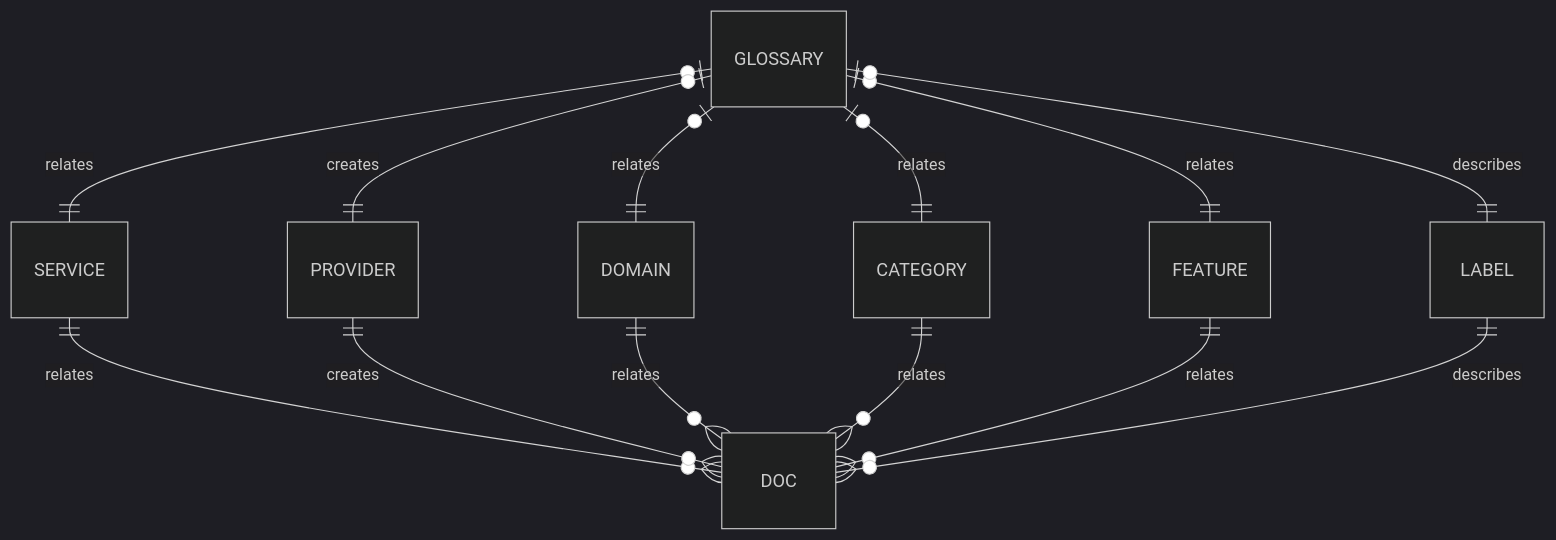
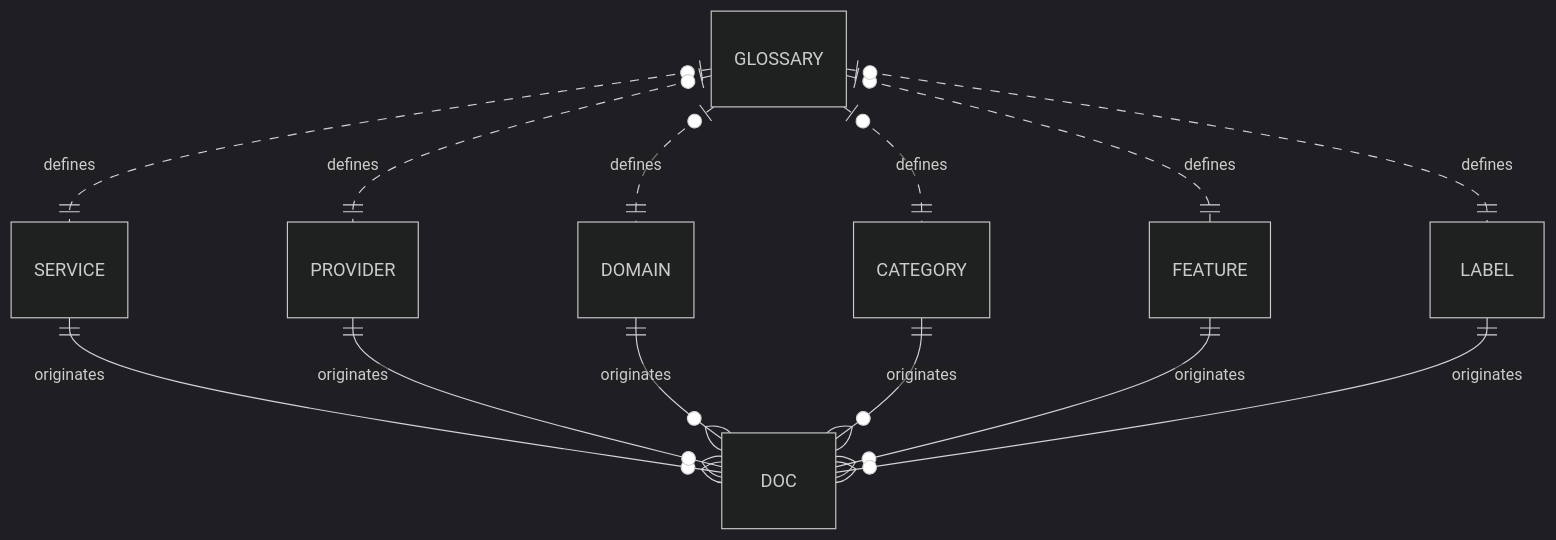
The first of 4 diagrams in en/pages/data-model.md (lexical-cloud/lexical-cloud-docs), drawn with Mermaid (dark theme) before and after one commit. The commit also changed other lines of this file, not shown here.

Commit message:
added descriptive text to data model page. made adjustments to diagrams to match

````diff
--- a/en/pages/data-model.md
+++ b/en/pages/data-model.md
@@ -9,15 +17,15 @@
 ```mermaid
 erDiagram
-    GLOSSARY |o--|| SERVICE : relates
-    GLOSSARY |o--|| PROVIDER : creates
-    GLOSSARY |o--|| DOMAIN : relates
-    GLOSSARY |o--|| CATEGORY : relates
-    GLOSSARY |o--|| FEATURE : relates
-    GLOSSARY |o--|| LABEL : describes
-    SERVICE ||--o{ DOC : relates
-    PROVIDER ||--o{ DOC : creates
-    DOMAIN ||--o{ DOC : relates
-    CATEGORY ||--o{ DOC : relates
-    FEATURE ||--o{ DOC : relates
-    LABEL ||--o{ DOC : describes
+    GLOSSARY |o..|| SERVICE : defines
+    GLOSSARY |o..|| PROVIDER : defines
+    GLOSSARY |o..|| DOMAIN : defines
+    GLOSSARY |o..|| CATEGORY : defines
+    GLOSSARY |o..|| FEATURE : defines
+    GLOSSARY |o..|| LABEL : defines
+    SERVICE ||--o{ DOC : originates
+    PROVIDER ||--o{ DOC : originates
+    DOMAIN ||--o{ DOC : originates
+    CATEGORY ||--o{ DOC : originates
+    FEATURE ||--o{ DOC : originates
+    LABEL ||--o{ DOC : originates
 ```
````
